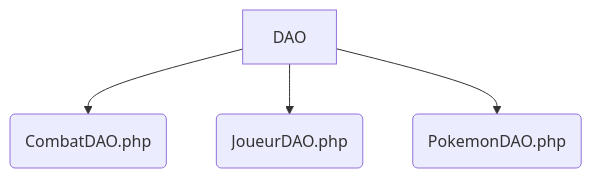
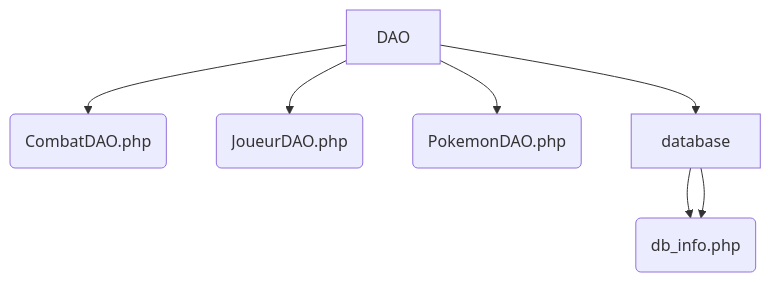
The fifth of 8 diagrams in README.md (MogwaiRGod/Pokefight), drawn with Mermaid before and after one commit. The commit also changed 4 other files, not shown here.

````diff
--- a/README.md
+++ b/README.md
@@ -90,7 +90,10 @@
 ```mermaid
 graph TD;
 F[DAO]
 F-->A(CombatDAO.php)
 F-->B(JoueurDAO.php)
 F-->C(PokemonDAO.php)
+F-->D[database]
+D-->E(database.php)
+D-->E(db_info.php)
 ```	
````
